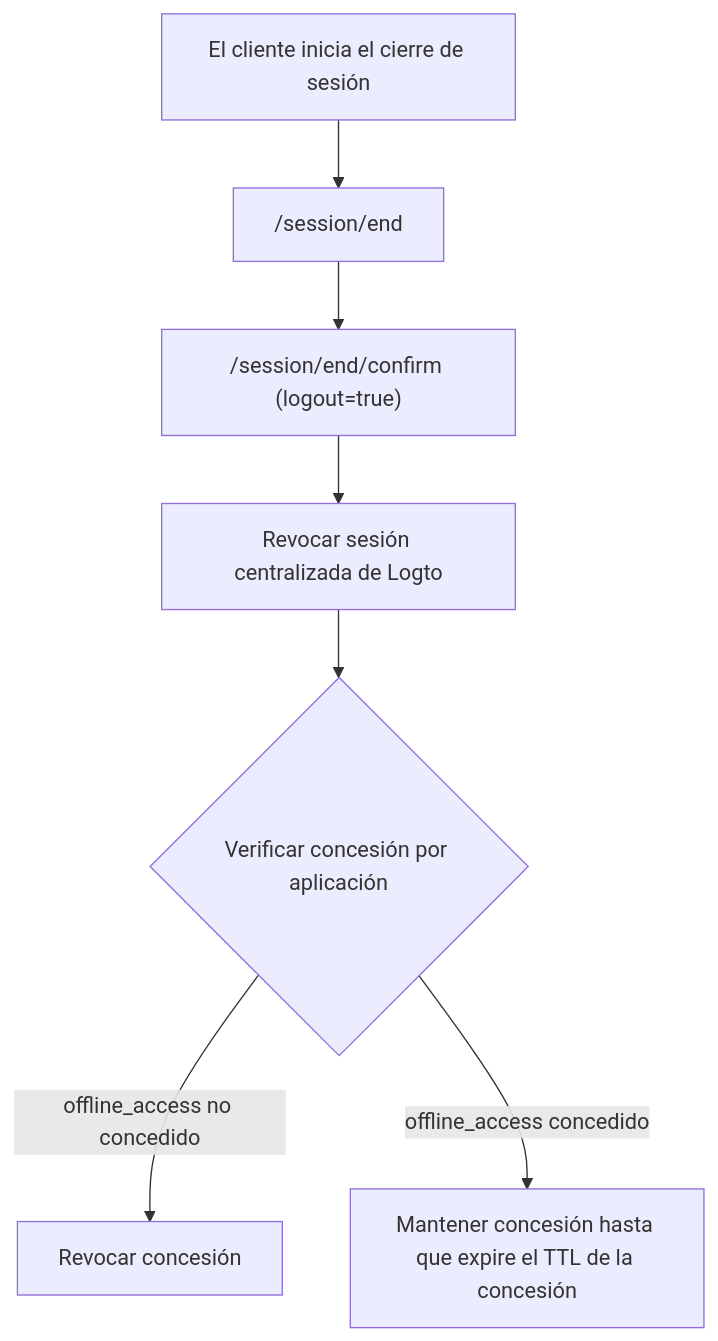
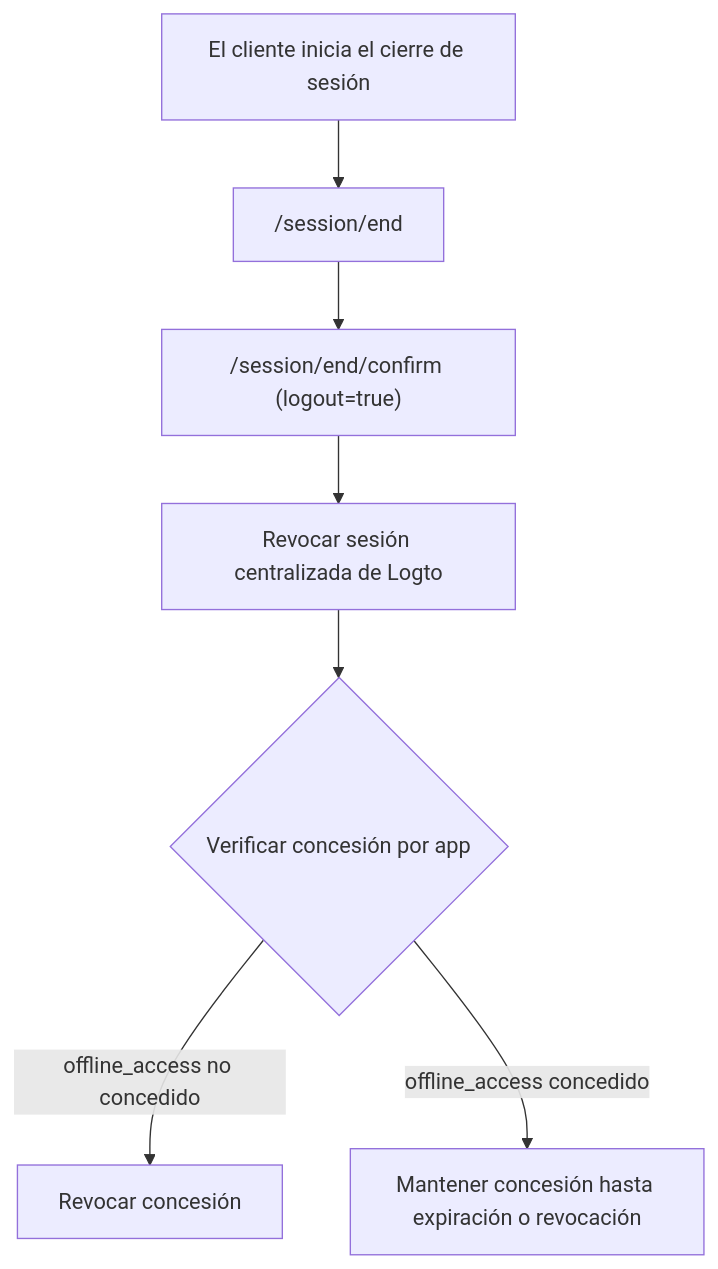
The diagram in i18n/es/docusaurus-plugin-content-docs/current/end-user-flows/sign-out.mdx (logto-io/docs), drawn with Mermaid before and after one commit. The commit also changed other lines of this file and 66 other files, not shown here.

````diff
--- a/i18n/es/docusaurus-plugin-content-docs/current/end-user-flows/sign-out.mdx
+++ b/i18n/es/docusaurus-plugin-content-docs/current/end-user-flows/sign-out.mdx
@@ -45,9 +45,9 @@
 ```mermaid
 flowchart TD
   A["El cliente inicia el cierre de sesión"] --> B["/session/end"]
   B --> C["/session/end/confirm (logout=true)"]
   C --> D["Revocar sesión centralizada de Logto"]
-  D --> E{"Verificar concesión por aplicación"}
+  D --> E{"Verificar concesión por app"}
   E -->|"offline_access no concedido"| F["Revocar concesión"]
-  E -->|"offline_access concedido"| G["Mantener concesión hasta que expire el TTL de la concesión"]
+  E -->|"offline_access concedido"| G["Mantener concesión hasta expiración o revocación"]
 ```
````
